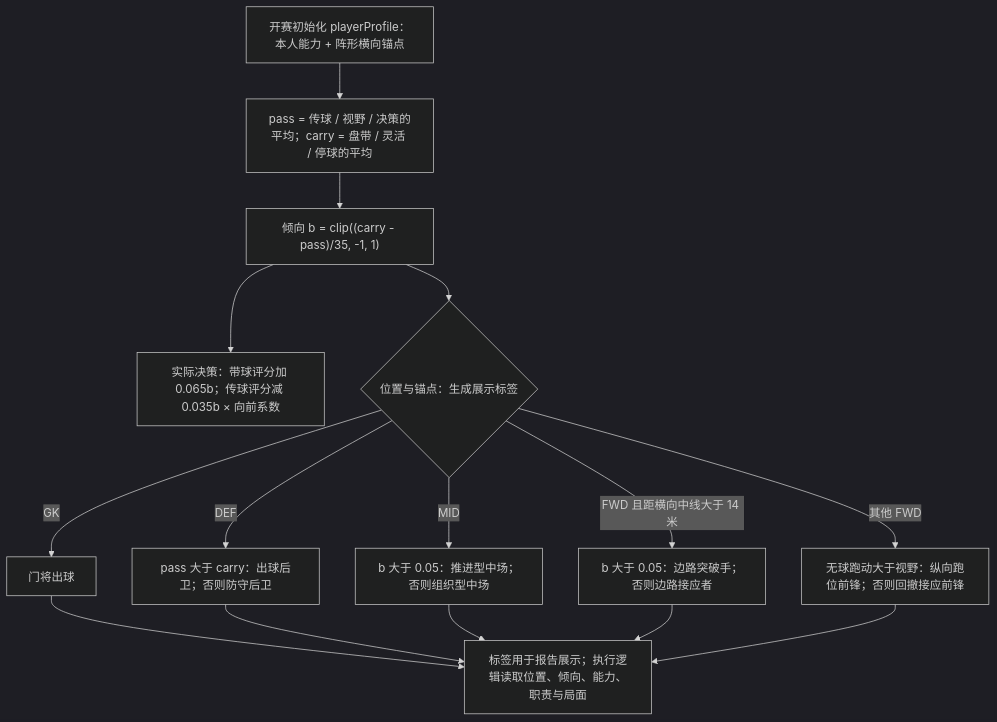
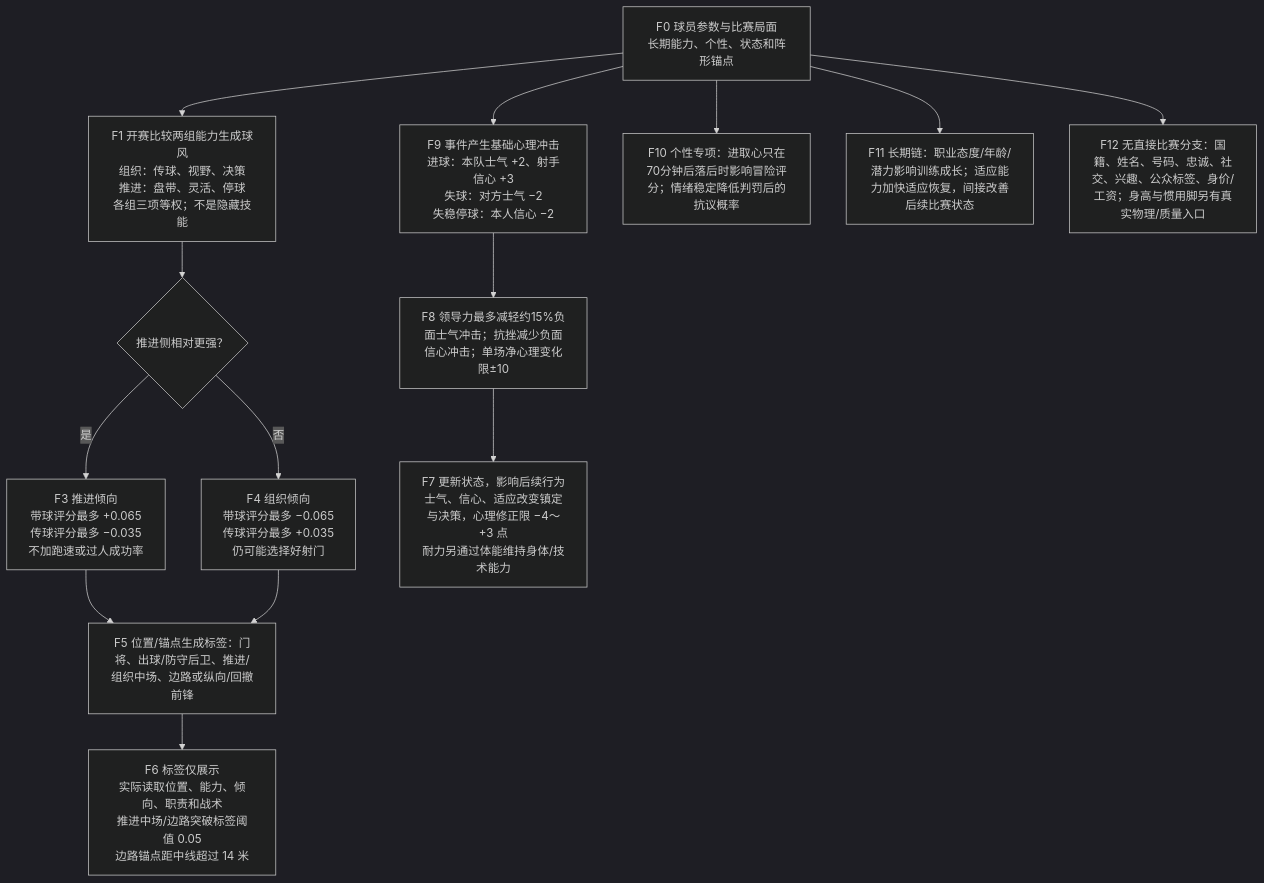
The sixth of 6 diagrams in packages/shared/modules/matches/design/PLAYER_DECISION_MAP.md (sixu3575/touchline-manager), drawn with Mermaid (dark theme) before and after one commit. The commit also changed other lines of this file and 16 other files, not shown here.

````diff
--- a/packages/shared/modules/matches/design/PLAYER_DECISION_MAP.md
+++ b/packages/shared/modules/matches/design/PLAYER_DECISION_MAP.md
@@ -260,17 +293,16 @@
 ```mermaid
 flowchart TD
-  A["开赛初始化 playerProfile：本人能力 + 阵形横向锚点"] --> B["pass = 传球 / 视野 / 决策的平均；carry = 盘带 / 灵活 / 停球的平均"]
-  B --> C["倾向 b = clip((carry - pass)/35, -1, 1)"]
-  C --> D["实际决策：带球评分加 0.065b；传球评分减 0.035b × 向前系数"]
-  C --> E{"位置与锚点：生成展示标签"}
-  E -->|GK| F["门将出球"]
-  E -->|DEF| G["pass 大于 carry：出球后卫；否则防守后卫"]
-  E -->|MID| H["b 大于 0.05：推进型中场；否则组织型中场"]
-  E -->|FWD 且距横向中线大于 14 米| I["b 大于 0.05：边路突破手；否则边路接应者"]
-  E -->|其他 FWD| J["无球跑动大于视野：纵向跑位前锋；否则回撤接应前锋"]
-  F --> K["标签用于报告展示；执行逻辑读取位置、倾向、能力、职责与局面"]
-  G --> K
-  H --> K
-  I --> K
-  J --> K
+  F0["F0 球员参数与比赛局面<br/>长期能力、个性、状态和阵形锚点"] --> F1["F1 开赛比较两组能力生成球风<br/>组织：传球、视野、决策<br/>推进：盘带、灵活、停球<br/>各组三项等权；不是隐藏技能"]
+  F1 --> F2{"推进侧相对更强？"}
+  F2 -->|是| F3["F3 推进倾向<br/>带球评分最多 +0.065<br/>传球评分最多 −0.035<br/>不加跑速或过人成功率"]
+  F2 -->|否| F4["F4 组织倾向<br/>带球评分最多 −0.065<br/>传球评分最多 +0.035<br/>仍可能选择好射门"]
+  F3 --> F5["F5 位置/锚点生成标签：门将、出球/防守后卫、推进/组织中场、边路或纵向/回撤前锋"]
+  F4 --> F5
+  F5 --> F6["F6 标签仅展示<br/>实际读取位置、能力、倾向、职责和战术<br/>推进中场/边路突破标签阈值 0.05<br/>边路锚点距中线超过 14 米"]
+  F0 --> F9["F9 事件产生基础心理冲击<br/>进球：本队士气 +2、射手信心 +3<br/>失球：对方士气 −2<br/>失稳停球：本人信心 −2"]
+  F9 --> F8["F8 领导力最多减轻约15%负面士气冲击；抗挫减少负面信心冲击；单场净心理变化限±10"]
+  F8 --> F7["F7 更新状态，影响后续行为<br/>士气、信心、适应改变镇定与决策，心理修正限 −4～+3 点<br/>耐力另通过体能维持身体/技术能力"]
+  F0 --> F10["F10 个性专项：进取心只在70分钟后落后时影响冒险评分；情绪稳定降低判罚后的抗议概率"]
+  F0 --> F11["F11 长期链：职业态度/年龄/潜力影响训练成长；适应能力加快适应恢复，间接改善后续比赛状态"]
+  F0 --> F12["F12 无直接比赛分支：国籍、姓名、号码、忠诚、社交、兴趣、公众标签、身价/工资；身高与惯用脚另有真实物理/质量入口"]
 ```
````
